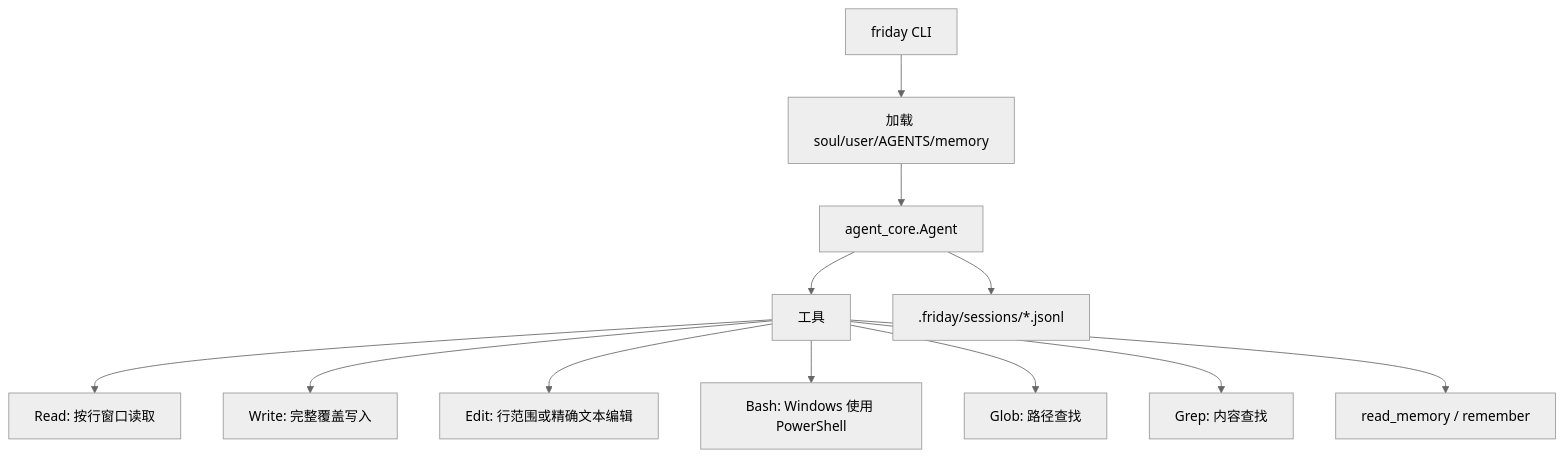
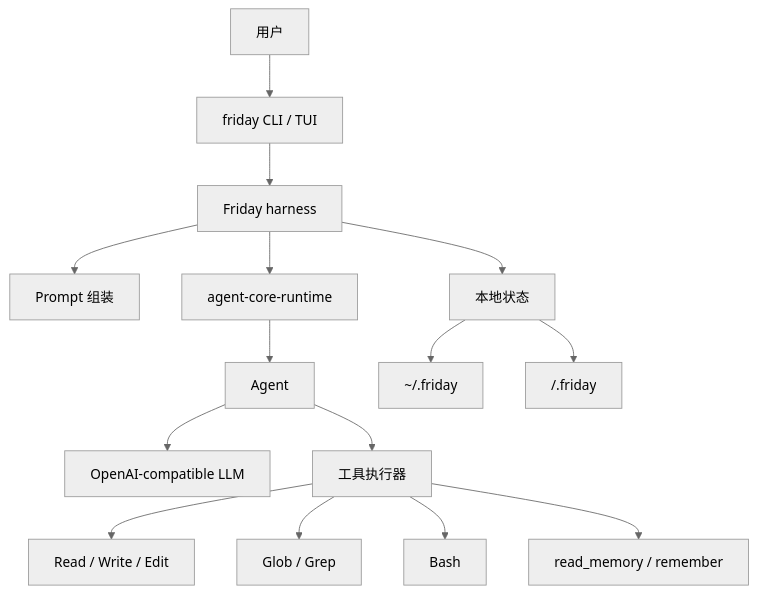
One commit to Lancetwang/friday changed the diagram in README.zh-CN.md. Above: the diagram before and after it, drawn with Mermaid (neutral theme). The commit also changed other lines of this file and 2 other files, not shown here.

Commit message:
Document Friday harness architecture

````diff
--- a/README.zh-CN.md
+++ b/README.zh-CN.md
@@ -11,14 +14,17 @@
 ```mermaid
 flowchart TD
-    CLI["friday CLI"] --> Loader["加载 soul/user/AGENTS/memory"]
-    Loader --> Agent["agent_core.Agent"]
-    Agent --> Tools["工具"]
-    Tools --> Read["Read: 按行窗口读取"]
-    Tools --> Write["Write: 完整覆盖写入"]
-    Tools --> Edit["Edit: 行范围或精确文本编辑"]
-    Tools --> Shell["Bash: Windows 使用 PowerShell"]
-    Tools --> Glob["Glob: 路径查找"]
-    Tools --> Grep["Grep: 内容查找"]
+    User["用户"] --> CLI["friday CLI / TUI"]
+    CLI --> Harness["Friday harness"]
+    Harness --> Prompt["Prompt 组装"]
+    Harness --> State["本地状态"]
+    Harness --> Runtime["agent-core-runtime"]
+    Runtime --> Agent["Agent"]
+    Agent --> LLM["OpenAI-compatible LLM"]
+    Agent --> Tools["工具执行器"]
+    Tools --> Files["Read / Write / Edit"]
+    Tools --> Search["Glob / Grep"]
+    Tools --> Shell["Bash"]
     Tools --> Memory["read_memory / remember"]
-    Agent --> Session[".friday/sessions/*.jsonl"]
+    State --> Global["~/.friday"]
+    State --> Project["<workspace>/.friday"]
 ```
````
